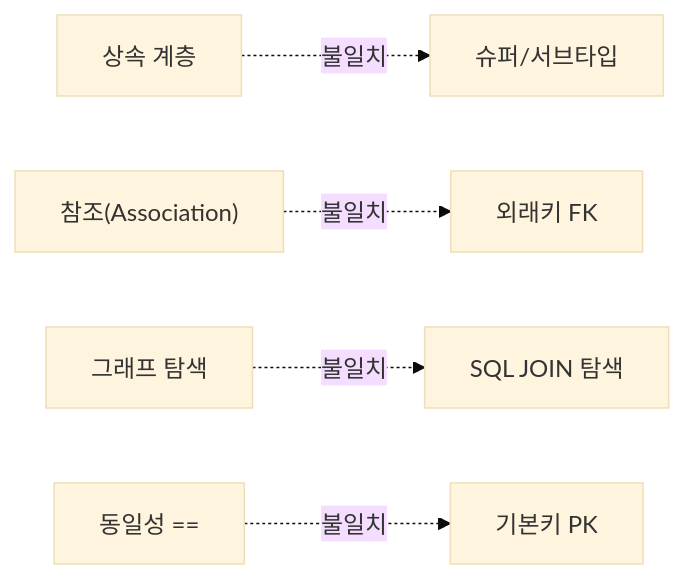
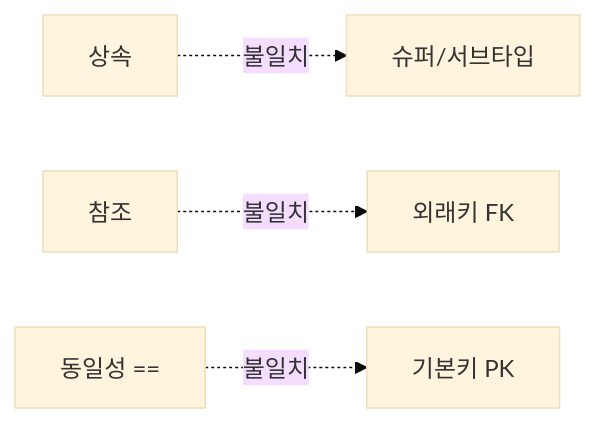
One commit to yjkim2015/yjkim2015.github.io changed the first of 10 diagrams in _posts/jpa/2026-05-01-jpa-fundamentals.md. Above: the diagram before and after it, drawn with Mermaid (base theme). The commit also changed other lines of this file and 163 other files, not shown here.

First line of the commit message:
Mermaid 300개 블록 내용 축소: 5노드 5엣지 이하, 의미 있는 약어

````diff
--- a/_posts/jpa/2026-05-01-jpa-fundamentals.md
+++ b/_posts/jpa/2026-05-01-jpa-fundamentals.md
@@ -25,7 +25,6 @@
 ```mermaid
 graph LR
-    O1["상속 계층"] -.->|불일치| D1["슈퍼/서브타입"]
-    O2["참조(Association)"] -.->|불일치| D2["외래키 FK"]
-    O3["그래프 탐색"] -.->|불일치| D3["SQL JOIN 탐색"]
-    O4["동일성 =="] -.->|불일치| D4["기본키 PK"]
+    O1["상속"] -.->|불일치| D1["슈퍼/서브타입"]
+    O2["참조"] -.->|불일치| D2["외래키 FK"]
+    O3["동일성 =="] -.->|불일치| D3["기본키 PK"]
 ```
````
